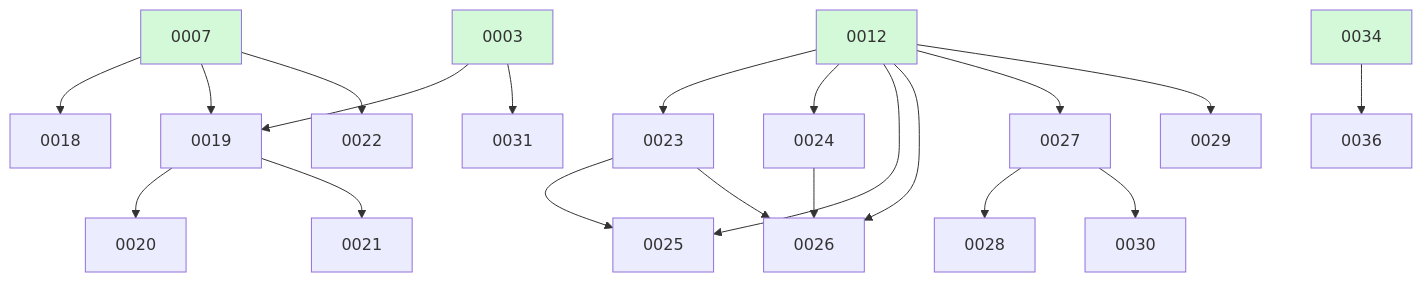
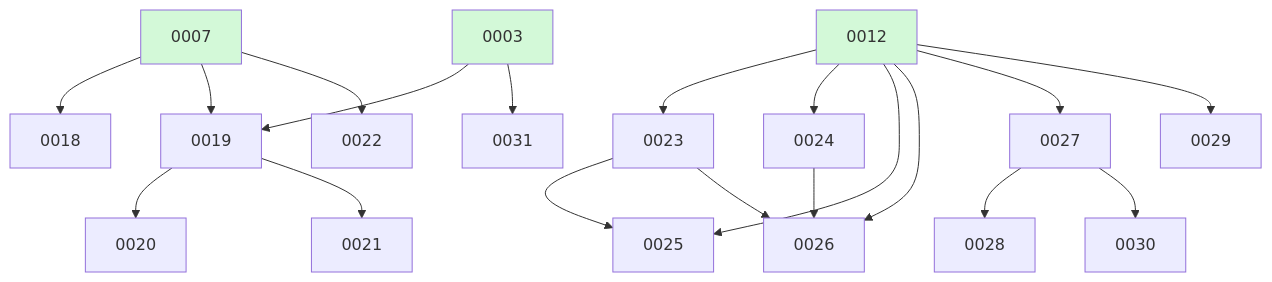
Before and after one commit to ethanhinson/fuse: the diagram in docs/changes/BOARD.md, drawn with Mermaid. The commit also changed other lines of this file, not shown here.

````diff
--- a/docs/changes/BOARD.md
+++ b/docs/changes/BOARD.md
@@ -30,27 +24,25 @@
 ```mermaid
 graph TD
   0007 --> 0018
   0003 --> 0019
   0007 --> 0019
   0019 --> 0020
   0019 --> 0021
   0007 --> 0022
   0012 --> 0023
   0012 --> 0024
   0012 --> 0025
   0023 --> 0025
   0012 --> 0026
   0023 --> 0026
   0024 --> 0026
   0012 --> 0027
   0027 --> 0028
   0012 --> 0029
   0027 --> 0030
   0003 --> 0031
-  0034 --> 0036
   0003:::done
   0007:::done
   0012:::done
-  0034:::done
   classDef done fill:#d3f9d8;
 ```
````
